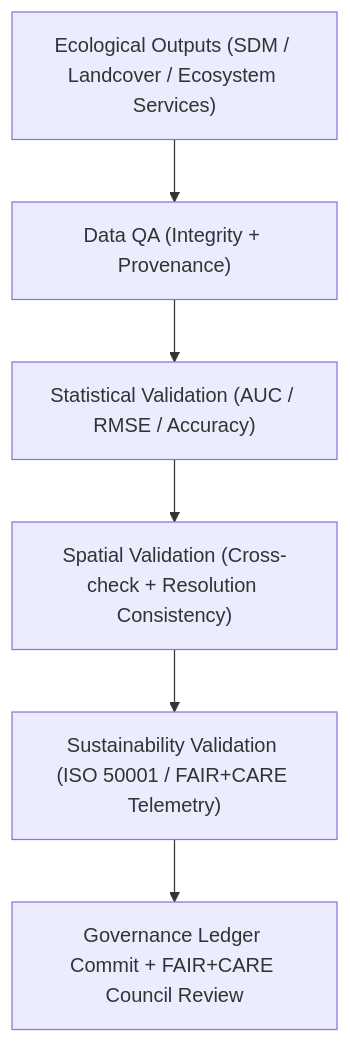
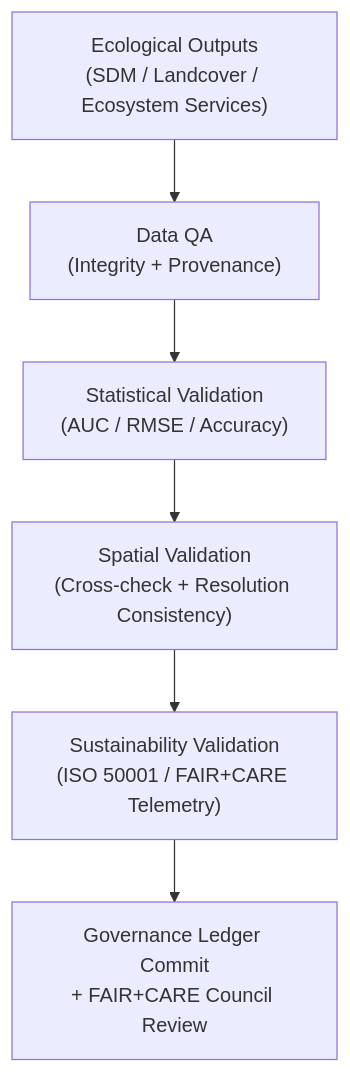
Before and after one commit to bartytime4life/Kansas-Frontier-Matrix: the diagram in docs/analyses/ecology/validation.md, drawn with Mermaid. The commit also changed other lines of this file, not shown here.

````diff
--- a/docs/analyses/ecology/validation.md
+++ b/docs/analyses/ecology/validation.md
@@ -64,8 +169,8 @@
 ```mermaid
 flowchart TD
-  A["Ecological Outputs (SDM / Landcover / Ecosystem Services)"] --> B["Data QA (Integrity + Provenance)"]
-  B --> C["Statistical Validation (AUC / RMSE / Accuracy)"]
-  C --> D["Spatial Validation (Cross-check + Resolution Consistency)"]
-  D --> E["Sustainability Validation (ISO 50001 / FAIR+CARE Telemetry)"]
-  E --> F["Governance Ledger Commit + FAIR+CARE Council Review"]
+  A["Ecological Outputs<br/>(SDM / Landcover / Ecosystem Services)"] --> B["Data QA<br/>(Integrity + Provenance)"]
+  B --> C["Statistical Validation<br/>(AUC / RMSE / Accuracy)"]
+  C --> D["Spatial Validation<br/>(Cross-check + Resolution Consistency)"]
+  D --> E["Sustainability Validation<br/>(ISO 50001 / FAIR+CARE Telemetry)"]
+  E --> F["Governance Ledger Commit<br/>+ FAIR+CARE Council Review"]
 ```
````
